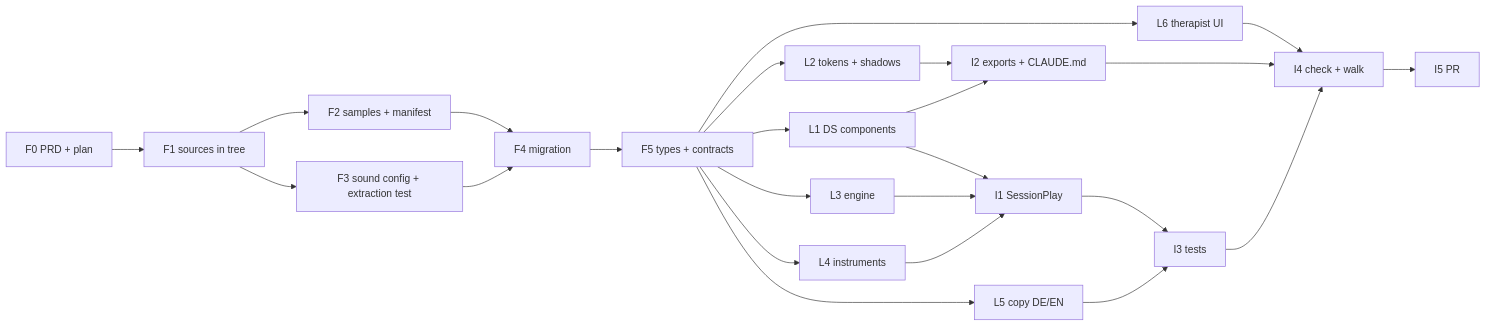
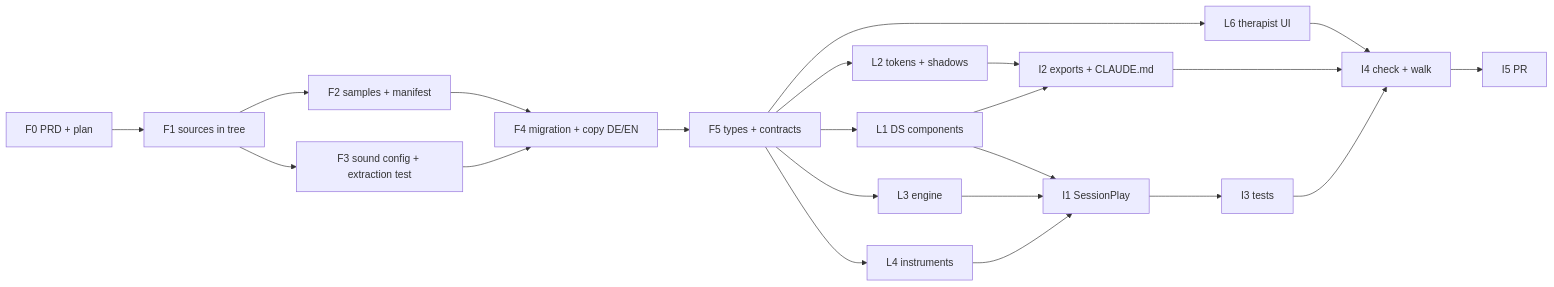
The diagram in docs/plans/instruments-exercises.md (product-ben/musie), drawn with Mermaid before and after one commit. The commit also changed other lines of this file and 18 other files, not shown here.

````diff
--- a/docs/plans/instruments-exercises.md
+++ b/docs/plans/instruments-exercises.md
@@ -66,26 +66,24 @@
 ```mermaid
 flowchart LR
   F0[F0 PRD + plan] --> F1[F1 sources in tree]
   F1 --> F2[F2 samples + manifest]
   F1 --> F3[F3 sound config + extraction test]
-  F2 --> F4[F4 migration]
-  F3 --> F4
+  F2 --> F4
+  F3 --> F4[F4 migration + copy DE/EN]
   F4 --> F5[F5 types + contracts]
   F5 --> L1[L1 DS components]
   F5 --> L2[L2 tokens + shadows]
   F5 --> L3[L3 engine]
   F5 --> L4[L4 instruments]
-  F5 --> L5[L5 copy DE/EN]
   F5 --> L6[L6 therapist UI]
   L1 --> I1[I1 SessionPlay]
   L3 --> I1
   L4 --> I1
   L2 --> I2[I2 exports + CLAUDE.md]
   L1 --> I2
   I1 --> I3[I3 tests]
-  L5 --> I3
   L6 --> I4
   I2 --> I4[I4 check + walk]
   I3 --> I4
   I4 --> I5[I5 PR]
 ```
````
